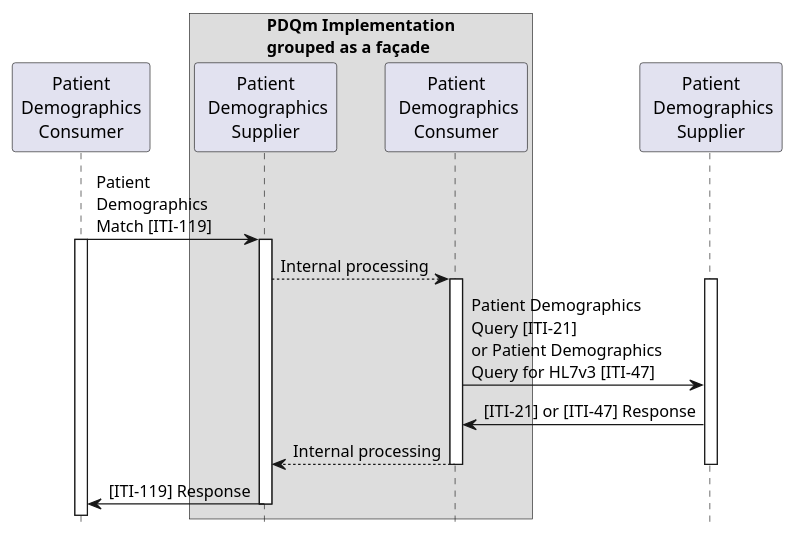
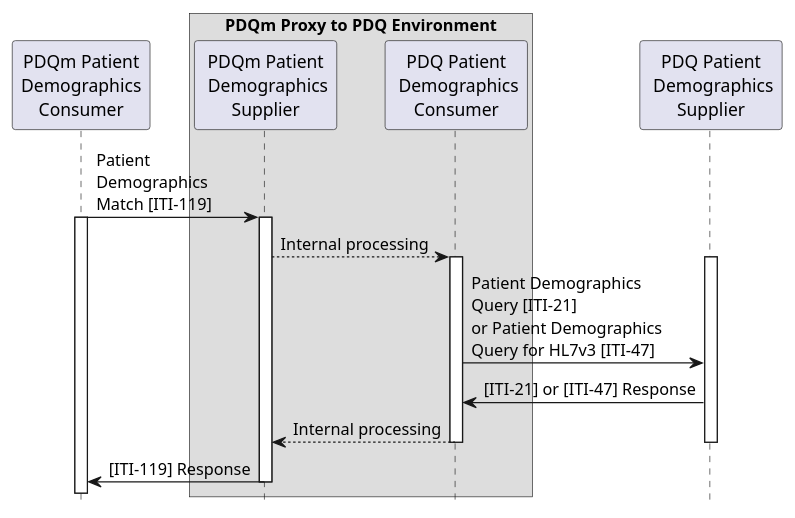
One commit to IHE/ITI.PDQm changed the diagram in input/images-source/Implementing-PDQm-as-a-gateway.plantuml. Above: the diagram before and after it, drawn with PlantUML. The commit also changed 1 other file, not shown here.

```diff
--- a/input/images-source/Implementing-PDQm-as-a-gateway.plantuml
+++ b/input/images-source/Implementing-PDQm-as-a-gateway.plantuml
@@ -1,26 +1,26 @@
 @startuml Implementing-PDQm-as-a-gateway
 hide footbox
 
-Participant "Patient\nDemographics\nConsumer" as Client1
-box "PDQm Implementation\ngrouped as a façade "
-    Participant "Patient\n Demographics\nSupplier" as Server1
-    Participant "Patient\n Demographics\nConsumer" as Client2
+Participant "PDQm Patient\nDemographics\nConsumer" as Client1
+box "PDQm Proxy to PDQ Environment"
+    Participant "PDQm Patient\n Demographics\nSupplier" as Server1
+    Participant "PDQ Patient\n Demographics\nConsumer" as Client2
 endbox
-Participant "Patient\n Demographics\nSupplier" as Server2
+Participant "PDQ Patient\n Demographics\nSupplier" as Server2
 
 Client1 -> Server1: Patient\nDemographics\nMatch [ITI-119]
 activate Client1
 activate Server1
 Server1 --> Client2: Internal processing
 activate Client2
 activate Server2
 Client2 -> Server2: Patient Demographics\nQuery [ITI-21]\nor Patient Demographics\nQuery for HL7v3 [ITI-47]
 Client2 <- Server2: [ITI-21] or [ITI-47] Response
 Server1 <-- Client2: Internal processing
 deactivate Client2
 deactivate Server2
 Client1 <- Server1: [ITI-119] Response
 deactivate Client2
 deactivate Server1
 
 @enduml
```
